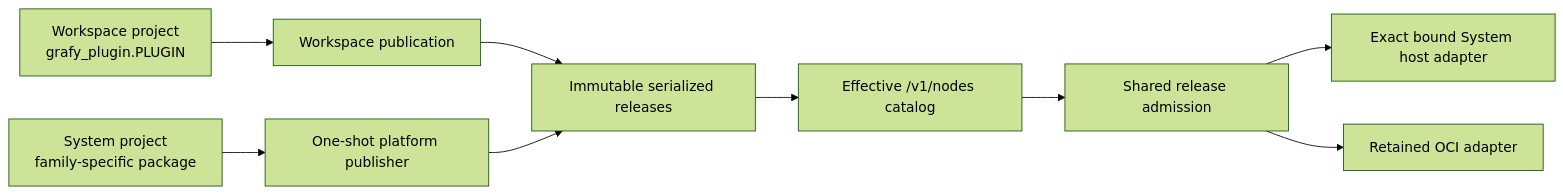
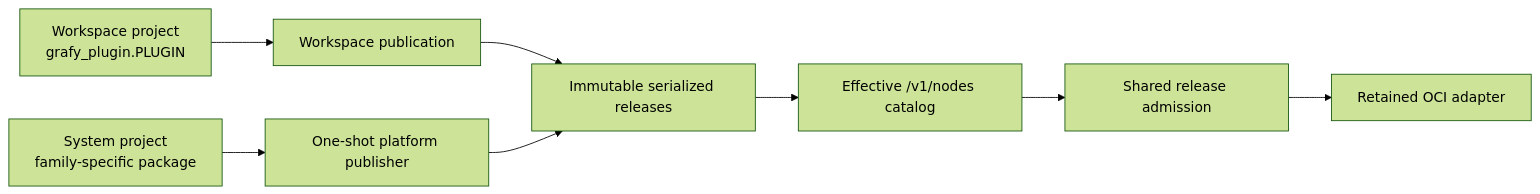
Before and after one commit to artpods56/grafY: the diagram in docs/design/plugin-development.md, drawn with Mermaid (forest theme). The commit also changed other lines of this file and 11 other files, not shown here.

````diff
--- a/docs/design/plugin-development.md
+++ b/docs/design/plugin-development.md
@@ -82,11 +78,10 @@
 ```mermaid
 flowchart LR
     Workspace["Workspace project\ngrafy_plugin.PLUGIN"] --> WorkspacePublish["Workspace publication"]
     System["System project\nfamily-specific package"] --> PlatformPublish["One-shot platform publisher"]
     WorkspacePublish --> Releases["Immutable serialized releases"]
     PlatformPublish --> Releases
     Releases --> Catalog["Effective /v1/nodes catalog"]
     Catalog --> Admission["Shared release admission"]
-    Admission --> Host["Exact bound System host adapter"]
     Admission --> OCI["Retained OCI adapter"]
 ```
````
